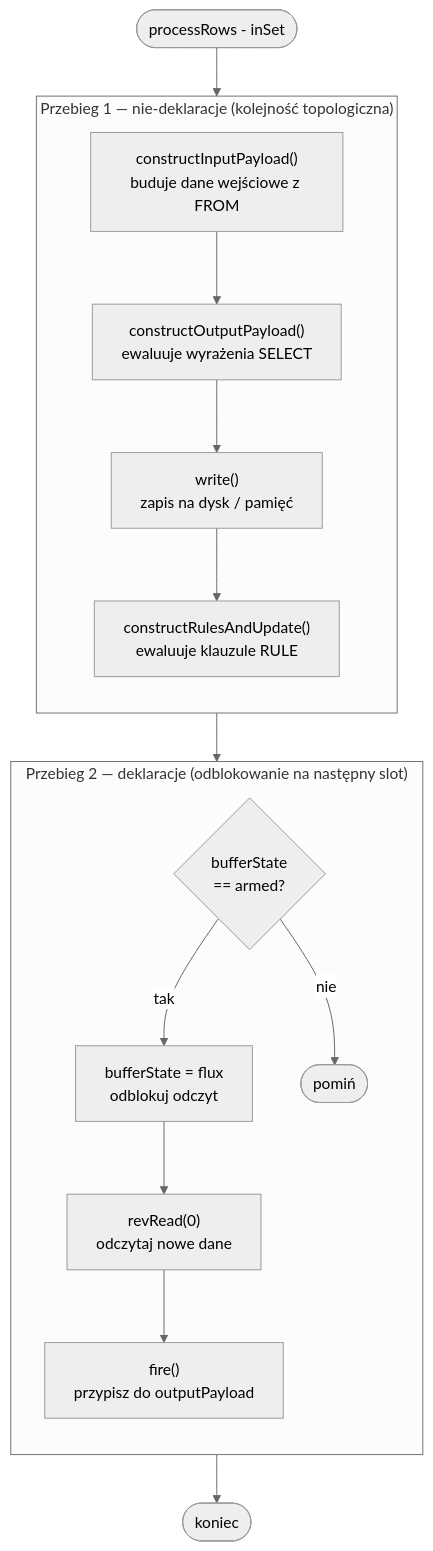
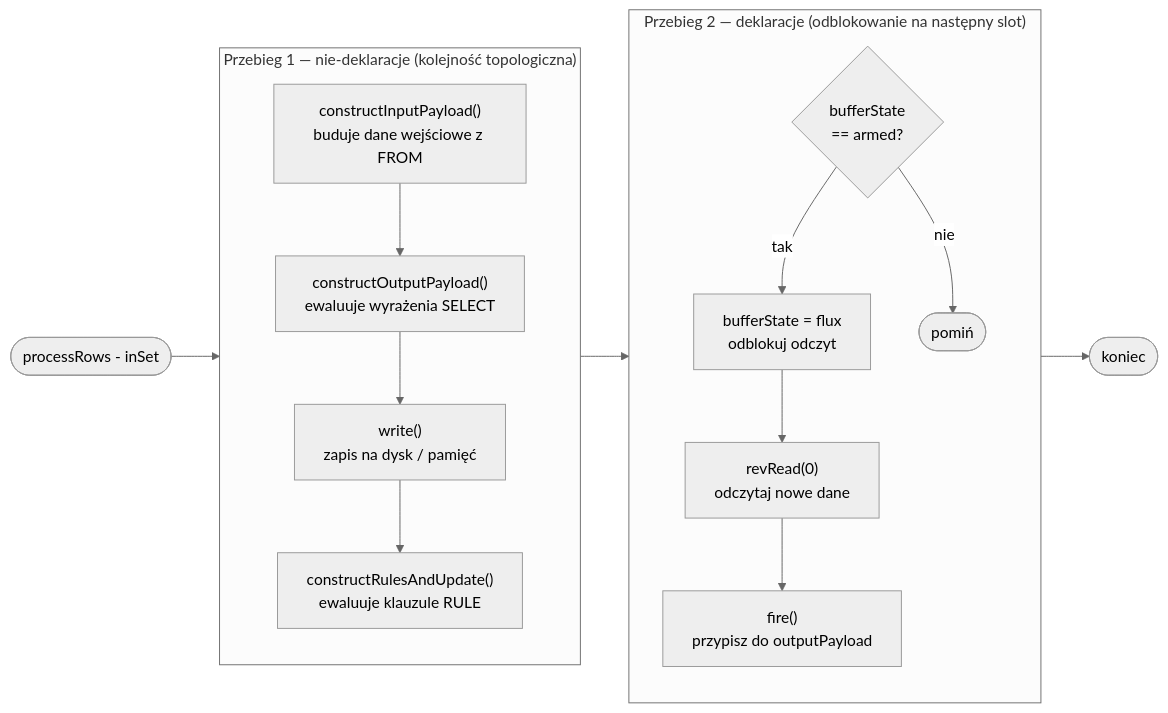
The fourth of 6 diagrams in realizacja-zapytan/algorytm-przegladu-drzewa-zapytan.md (michalwidera/dokumentacja-rdb), drawn with Mermaid (neutral theme) before and after one commit. The commit also changed other lines of this file and 6 other files, not shown here.

````diff
--- a/realizacja-zapytan/algorytm-przegladu-drzewa-zapytan.md
+++ b/realizacja-zapytan/algorytm-przegladu-drzewa-zapytan.md
@@ -119,26 +119,26 @@
 ```mermaid
 %%{init: {"markdownAutoWrap": false}}%%
-flowchart TD
+flowchart LR
     S([processRows - inSet]) --> P1
 
     subgraph P1["Przebieg 1 — nie-deklaracje (kolejność topologiczna)"]
         direction TB
         X1["constructInputPayload()<br/>buduje dane wejściowe z FROM"] --> X2
         X2["constructOutputPayload()<br/>ewaluuje wyrażenia SELECT"] --> X3
         X3["write()<br/>zapis na dysk / pamięć"] --> X4
         X4["constructRulesAndUpdate()<br/>ewaluuje klauzule RULE"]
     end
 
     P1 --> P2
 
     subgraph P2["Przebieg 2 — deklaracje (odblokowanie na następny slot)"]
         direction TB
         Y1{"bufferState<br/>== armed?"} -->|tak| Y2
         Y2["bufferState = flux<br/>odblokuj odczyt"] --> Y3
         Y3["revRead(0)<br/>odczytaj nowe dane"] --> Y4
         Y4["fire()<br/>przypisz do outputPayload"]
         Y1 -->|nie| Y5([pomiń])
     end
 
     P2 --> E([koniec])
 ```
````
